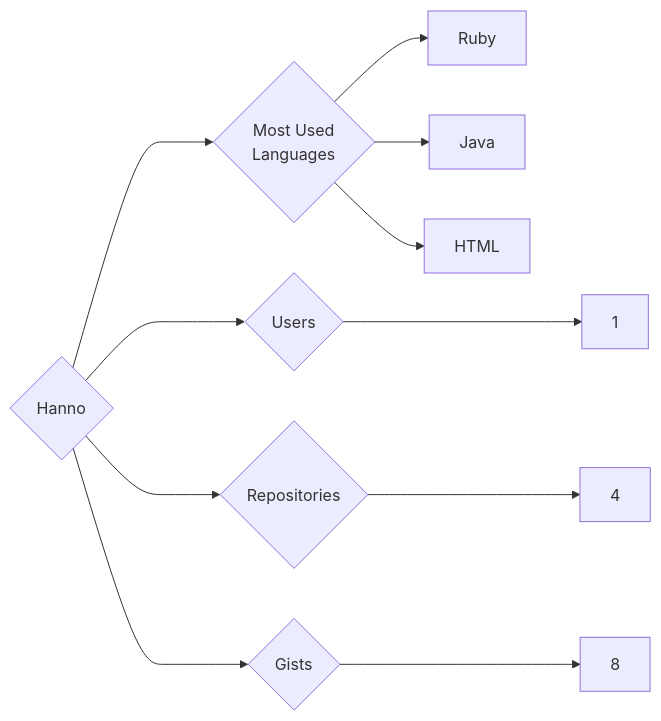
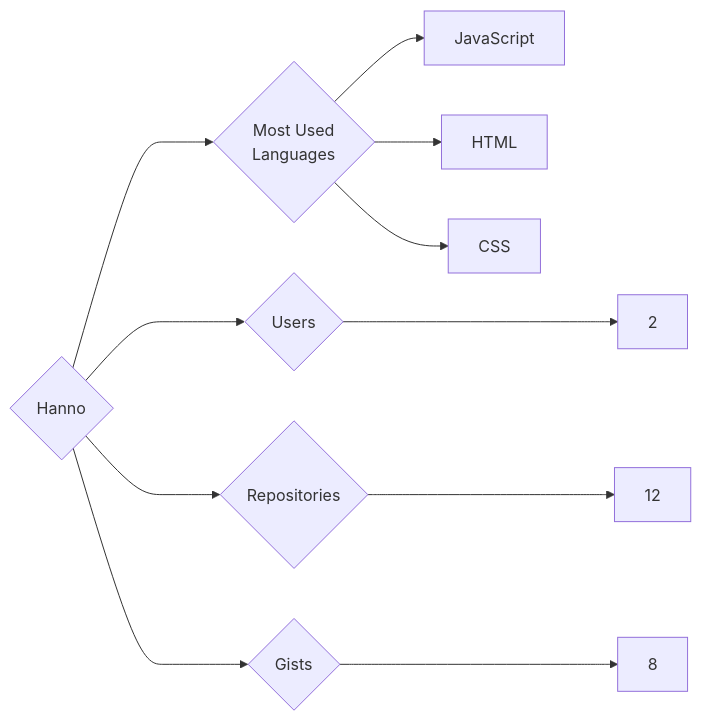
Before and after one commit to trickest/insiders: the diagram in targets/Hanno/README.md, drawn with Mermaid. The commit also changed 942 other files, not shown here.

````diff
--- a/targets/Hanno/README.md
+++ b/targets/Hanno/README.md
@@ -3,11 +3,11 @@
 ```mermaid
 graph LR
 COMPANY_NAME{Hanno}
-COMPANY_NAME ---> U{Users} ---> UN[1]
-COMPANY_NAME ---> R{Repositories} ---> RN[4]
+COMPANY_NAME ---> U{Users} ---> UN[2]
+COMPANY_NAME ---> R{Repositories} ---> RN[12]
 COMPANY_NAME ---> G{Gists} ---> GN[8]
 COMPANY_NAME ---> ML{Most Used<br>Languages}
-ML --> Ruby[Ruby]
-ML --> Java[Java]
+ML --> JavaScript[JavaScript]
 ML --> HTML[HTML]
+ML --> CSS[CSS]
 ```
````
